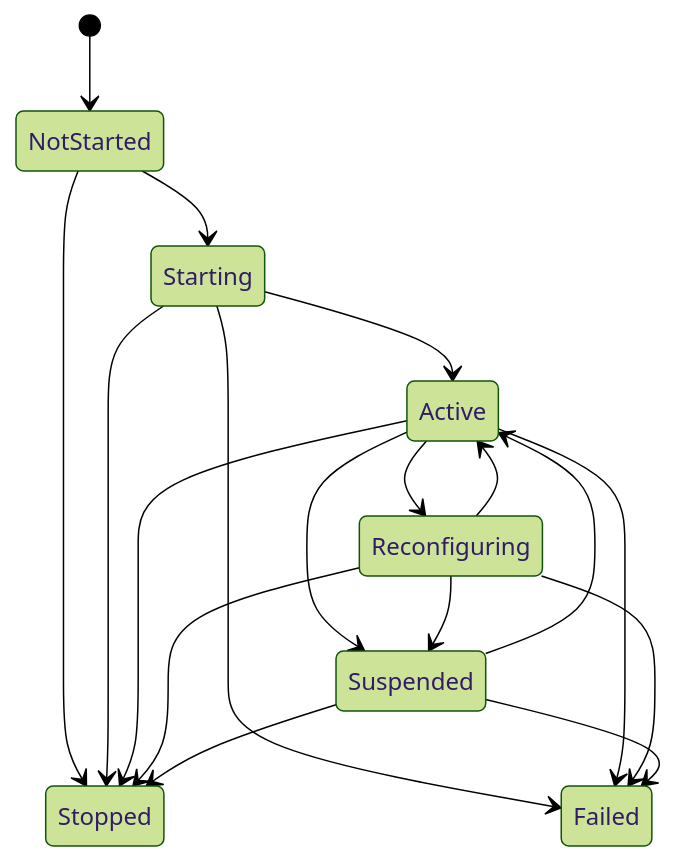
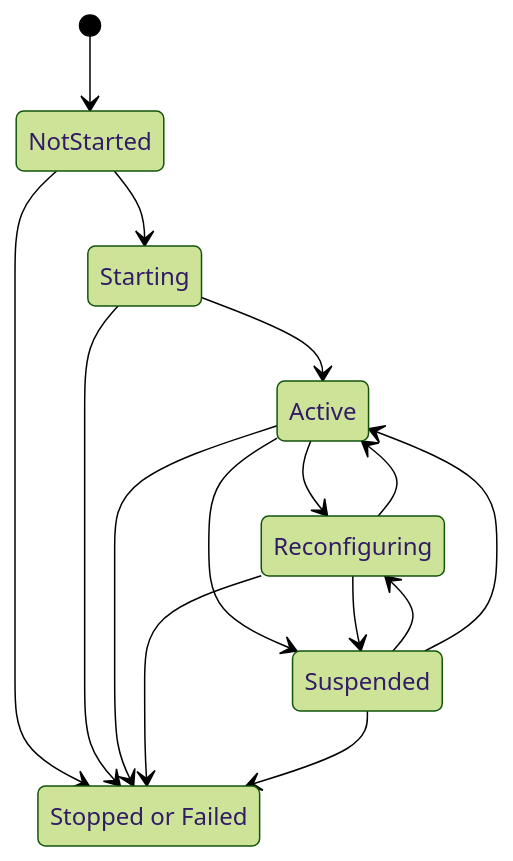
Before and after one commit to dkrivoruchko/ScreenStream: the fourth of 4 diagrams in screen-capture-engine/docs/architecture.md, drawn with Mermaid (forest theme). The commit also changed other lines of this file and 149 other files, not shown here.

````diff
--- a/screen-capture-engine/docs/architecture.md
+++ b/screen-capture-engine/docs/architecture.md
@@ -99,20 +239,18 @@
 ```mermaid
 stateDiagram-v2
     [*] --> NotStarted
     NotStarted --> Starting
-    NotStarted --> Stopped
     Starting --> Active
-    Starting --> Stopped
-    Starting --> Failed
     Active --> Reconfiguring
     Reconfiguring --> Active
     Active --> Suspended
     Reconfiguring --> Suspended
+    Suspended --> Reconfiguring
     Suspended --> Active
-    Active --> Stopped
-    Active --> Failed
-    Reconfiguring --> Stopped
-    Reconfiguring --> Failed
-    Suspended --> Stopped
-    Suspended --> Failed
+    state "Stopped or Failed" as Terminal
+    NotStarted --> Terminal
+    Starting --> Terminal
+    Active --> Terminal
+    Reconfiguring --> Terminal
+    Suspended --> Terminal
 ```
````
